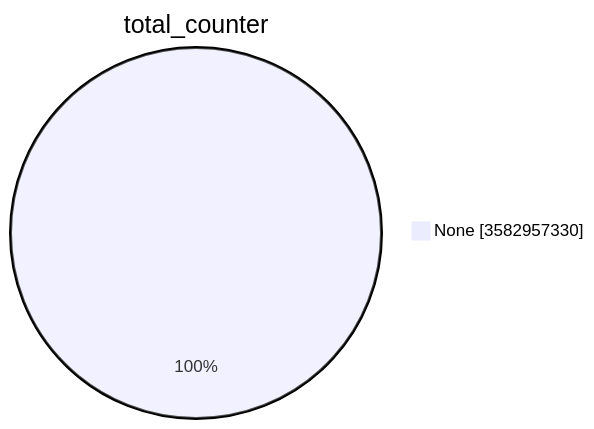
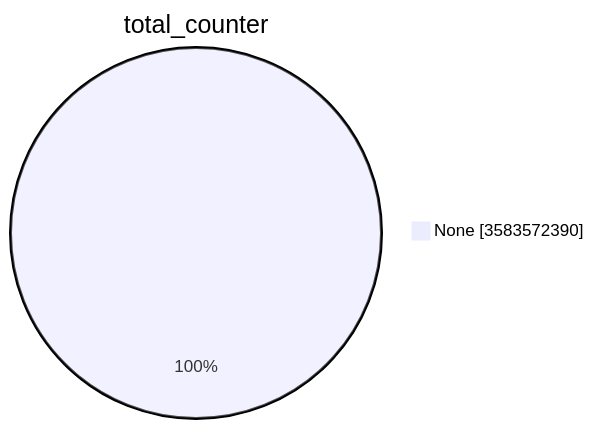
Before and after one commit to christiankrug/ctmonitor_visualization: the first of 15 diagrams in TOTAL/README.md, drawn with Mermaid. The commit also changed other lines of this file, not shown here.

````diff
--- a/TOTAL/README.md
+++ b/TOTAL/README.md
@@ -1,5 +1,5 @@
 ```mermaid
 pie showData
 title total_counter
-"None" :3582957330
+"None" :3583572390
 ```
````
